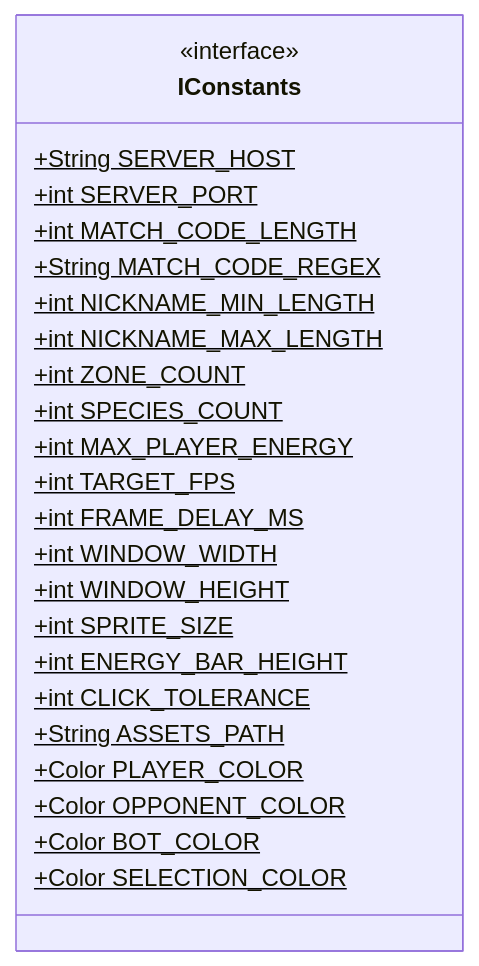
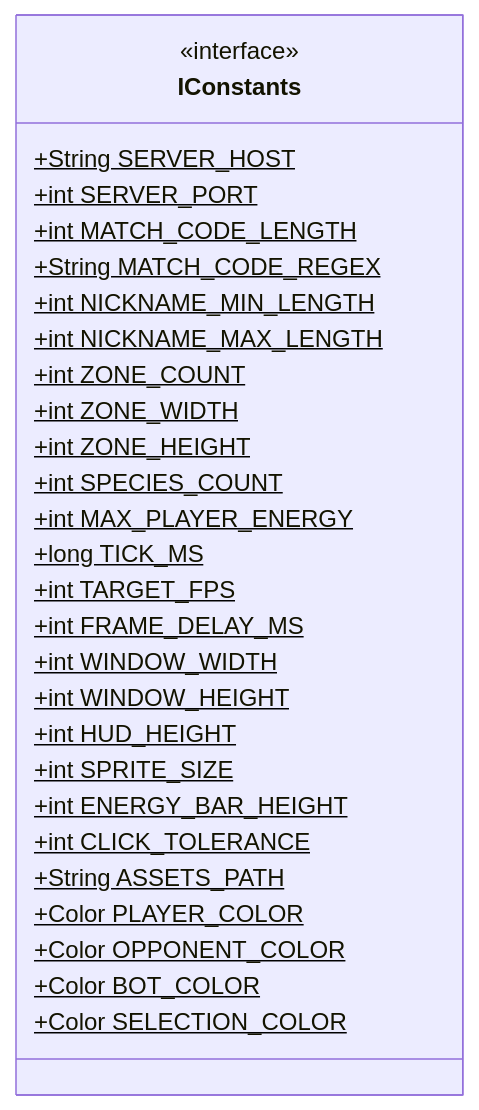
One commit to AndyQuirosSalazar/jungle-attack-client changed the second of 7 diagrams in README.md. Above: the diagram before and after it, drawn with Mermaid. The commit also changed other lines of this file, not shown here.

````diff
--- a/README.md
+++ b/README.md
@@ -30,27 +47,31 @@
 ```mermaid
 classDiagram
     class IConstants {
         <<interface>>
-        +String SERVER_HOST$
-        +int SERVER_PORT$
-        +int MATCH_CODE_LENGTH$
-        +String MATCH_CODE_REGEX$
-        +int NICKNAME_MIN_LENGTH$
-        +int NICKNAME_MAX_LENGTH$
-        +int ZONE_COUNT$
-        +int SPECIES_COUNT$
-        +int MAX_PLAYER_ENERGY$
-        +int TARGET_FPS$
-        +int FRAME_DELAY_MS$
-        +int WINDOW_WIDTH$
-        +int WINDOW_HEIGHT$
-        +int SPRITE_SIZE$
-        +int ENERGY_BAR_HEIGHT$
-        +int CLICK_TOLERANCE$
-        +String ASSETS_PATH$
-        +Color PLAYER_COLOR$
-        +Color OPPONENT_COLOR$
-        +Color BOT_COLOR$
-        +Color SELECTION_COLOR$
+        +String SERVER\_HOST$
+        +int SERVER\_PORT$
+        +int MATCH\_CODE\_LENGTH$
+        +String MATCH\_CODE\_REGEX$
+        +int NICKNAME\_MIN\_LENGTH$
+        +int NICKNAME\_MAX\_LENGTH$
+        +int ZONE\_COUNT$
+        +int ZONE\_WIDTH$
+        +int ZONE\_HEIGHT$
+        +int SPECIES\_COUNT$
+        +int MAX\_PLAYER\_ENERGY$
+        +long TICK\_MS$
+        +int TARGET\_FPS$
+        +int FRAME\_DELAY\_MS$
+        +int WINDOW\_WIDTH$
+        +int WINDOW\_HEIGHT$
+        +int HUD\_HEIGHT$
+        +int SPRITE\_SIZE$
+        +int ENERGY\_BAR\_HEIGHT$
+        +int CLICK\_TOLERANCE$
+        +String ASSETS\_PATH$
+        +Color PLAYER\_COLOR$
+        +Color OPPONENT\_COLOR$
+        +Color BOT\_COLOR$
+        +Color SELECTION\_COLOR$
     }
 ```
````
